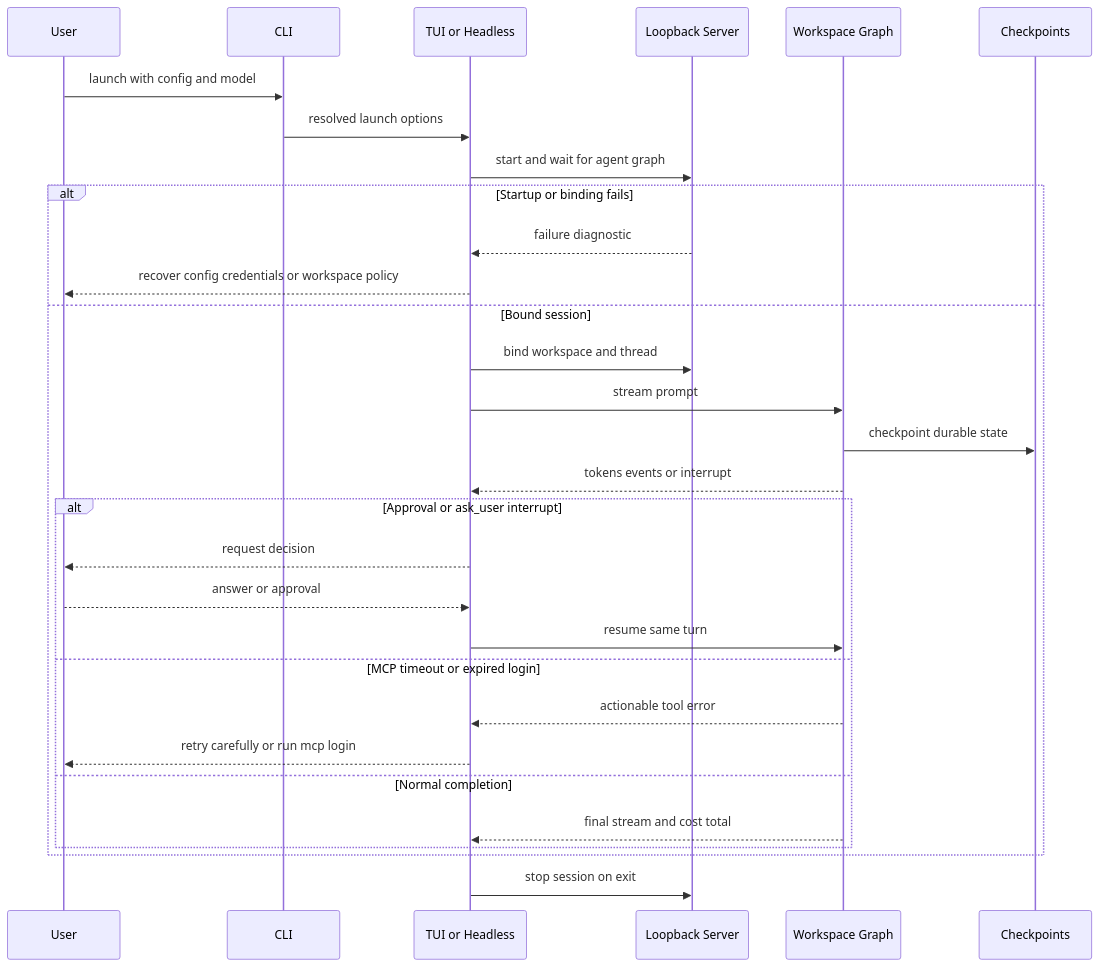
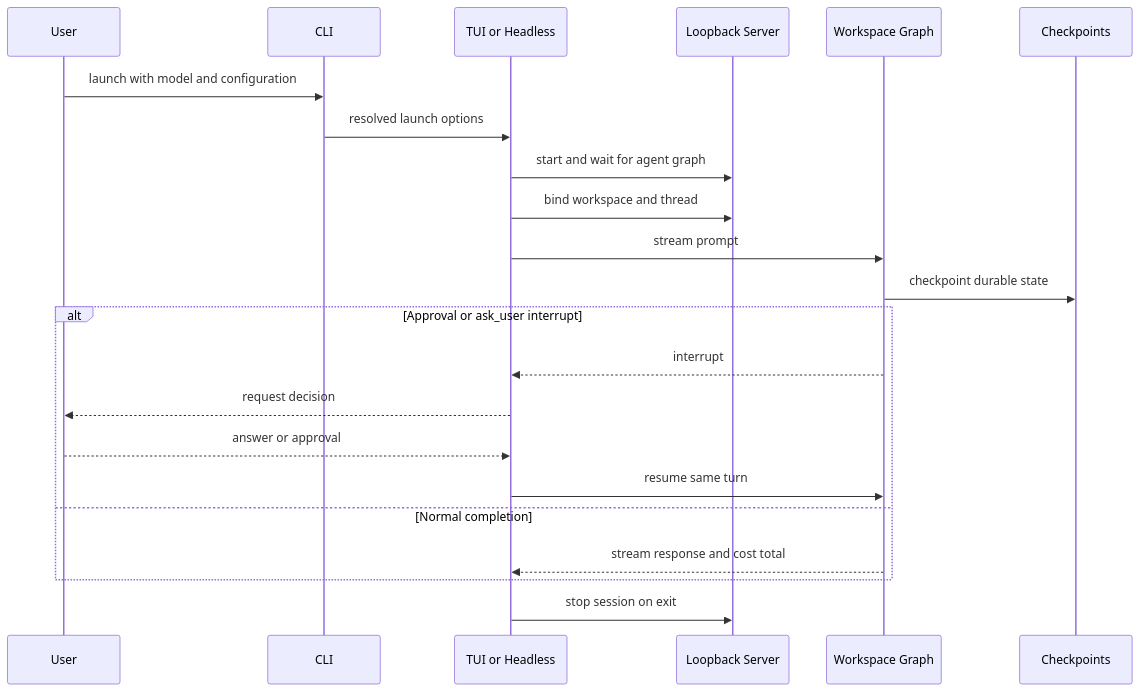
Before and after one commit to langchain-ai/deepagents: the diagram in openwiki/workflows/run-dcode-session.md, drawn with Mermaid. The commit also changed other lines of this file and 47 other files, not shown here.

````diff
--- a/openwiki/workflows/run-dcode-session.md
+++ b/openwiki/workflows/run-dcode-session.md
@@ -86,32 +96,24 @@
 ```mermaid
 sequenceDiagram
     participant User
     participant CLI
     participant Client as TUI or Headless
     participant Server as Loopback Server
     participant Graph as Workspace Graph
     participant Store as Checkpoints
-    User->>CLI: launch with config and model
+    User->>CLI: launch with model and configuration
     CLI->>Client: resolved launch options
     Client->>Server: start and wait for agent graph
-    alt Startup or binding fails
-        Server-->>Client: failure diagnostic
-        Client-->>User: recover config credentials or workspace policy
-    else Bound session
-        Client->>Server: bind workspace and thread
-        Client->>Graph: stream prompt
-        Graph->>Store: checkpoint durable state
-        Graph-->>Client: tokens events or interrupt
-        alt Approval or ask_user interrupt
-            Client-->>User: request decision
-            User-->>Client: answer or approval
-            Client->>Graph: resume same turn
-        else MCP timeout or expired login
-            Graph-->>Client: actionable tool error
-            Client-->>User: retry carefully or run mcp login
-        else Normal completion
-            Graph-->>Client: final stream and cost total
-        end
+    Client->>Server: bind workspace and thread
+    Client->>Graph: stream prompt
+    Graph->>Store: checkpoint durable state
+    alt Approval or ask_user interrupt
+        Graph-->>Client: interrupt
+        Client-->>User: request decision
+        User-->>Client: answer or approval
+        Client->>Graph: resume same turn
+    else Normal completion
+        Graph-->>Client: stream response and cost total
     end
     Client->>Server: stop session on exit
 ```
````
